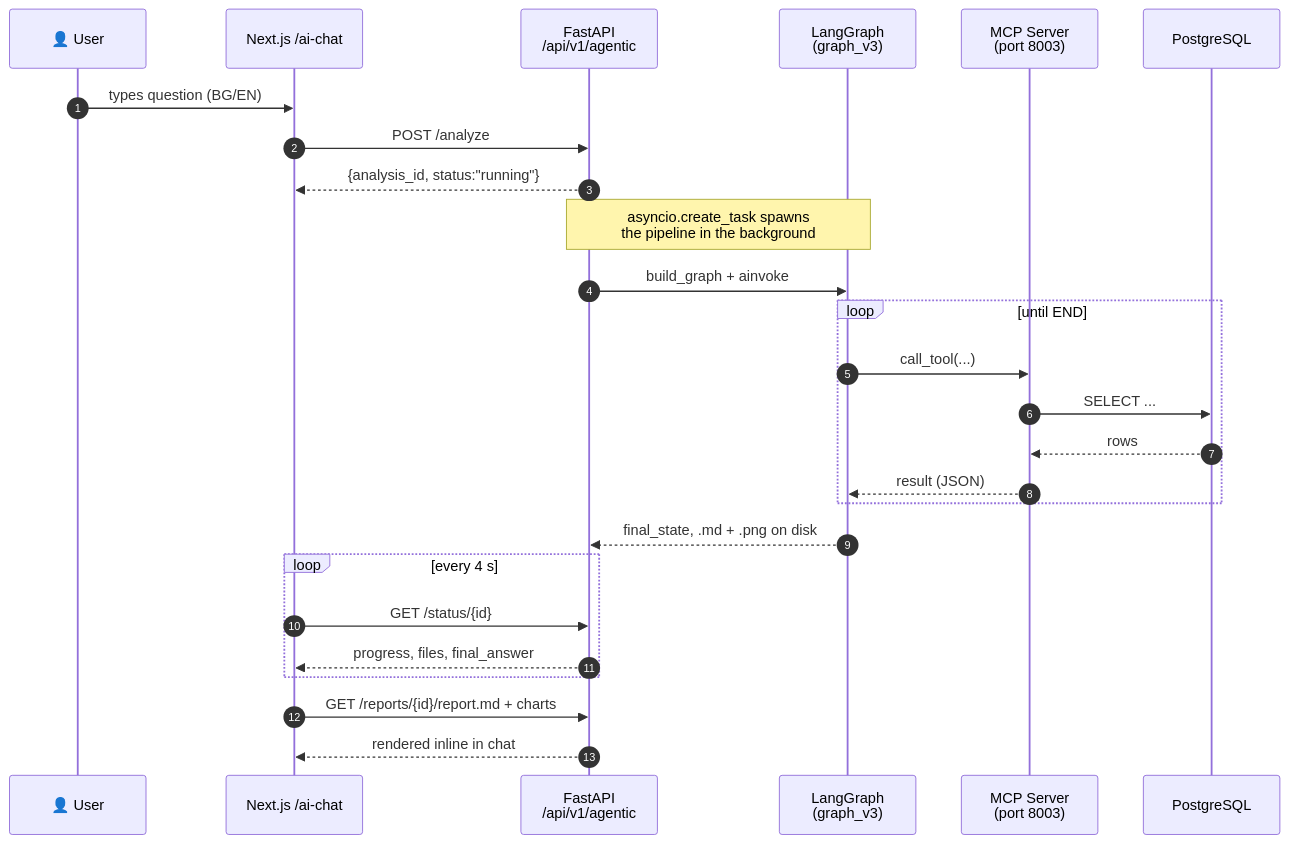
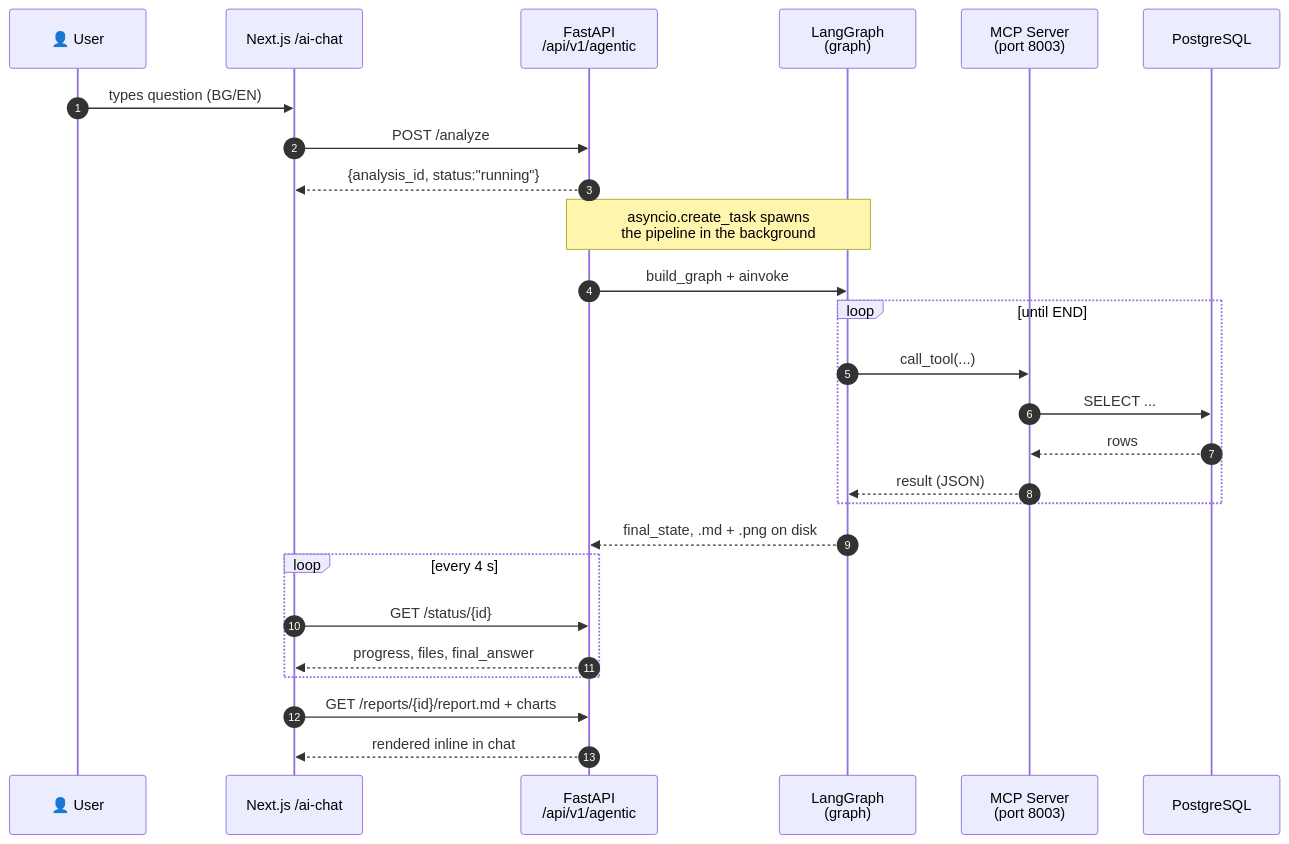
One commit to Patchino76/ok_dashboard changed the diagram in python/agentic/docs/py_md/01_overview.md. Above: the diagram before and after it, drawn with Mermaid. The commit also changed other lines of this file and 24 other files, not shown here.

````diff
--- a/python/agentic/docs/py_md/01_overview.md
+++ b/python/agentic/docs/py_md/01_overview.md
@@ -30,31 +30,31 @@
 ```mermaid
 sequenceDiagram
     autonumber
     participant U as 👤 User
     participant UI as Next.js /ai-chat
     participant API as FastAPI<br/>/api/v1/agentic
-    participant LG as LangGraph<br/>(graph_v3)
+    participant LG as LangGraph<br/>(graph)
     participant MCP as MCP Server<br/>(port 8003)
     participant DB as PostgreSQL
 
     U->>UI: types question (BG/EN)
     UI->>API: POST /analyze
     API-->>UI: {analysis_id, status:"running"}
     Note over API,LG: asyncio.create_task spawns<br/>the pipeline in the background
 
     API->>LG: build_graph + ainvoke
     loop until END
         LG->>MCP: call_tool(...)
         MCP->>DB: SELECT ...
         DB-->>MCP: rows
         MCP-->>LG: result (JSON)
     end
     LG-->>API: final_state, .md + .png on disk
 
     loop every 4 s
         UI->>API: GET /status/{id}
         API-->>UI: progress, files, final_answer
     end
     UI->>API: GET /reports/{id}/report.md + charts
     API-->>UI: rendered inline in chat
 ```
````
